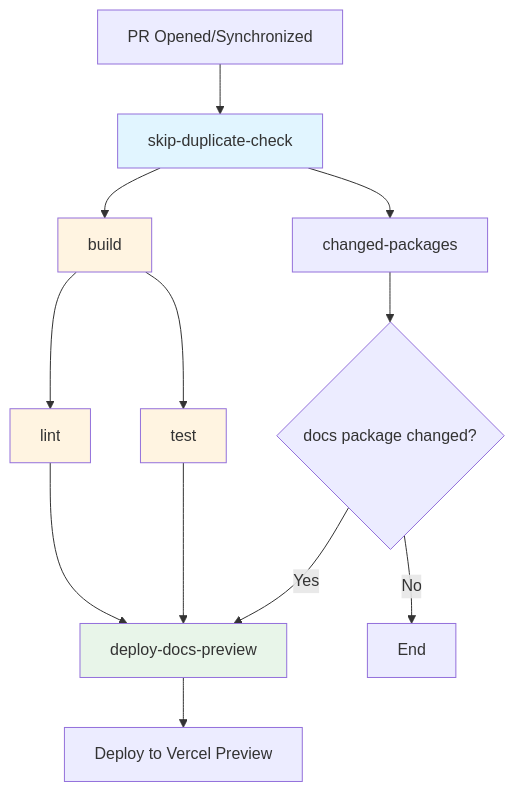
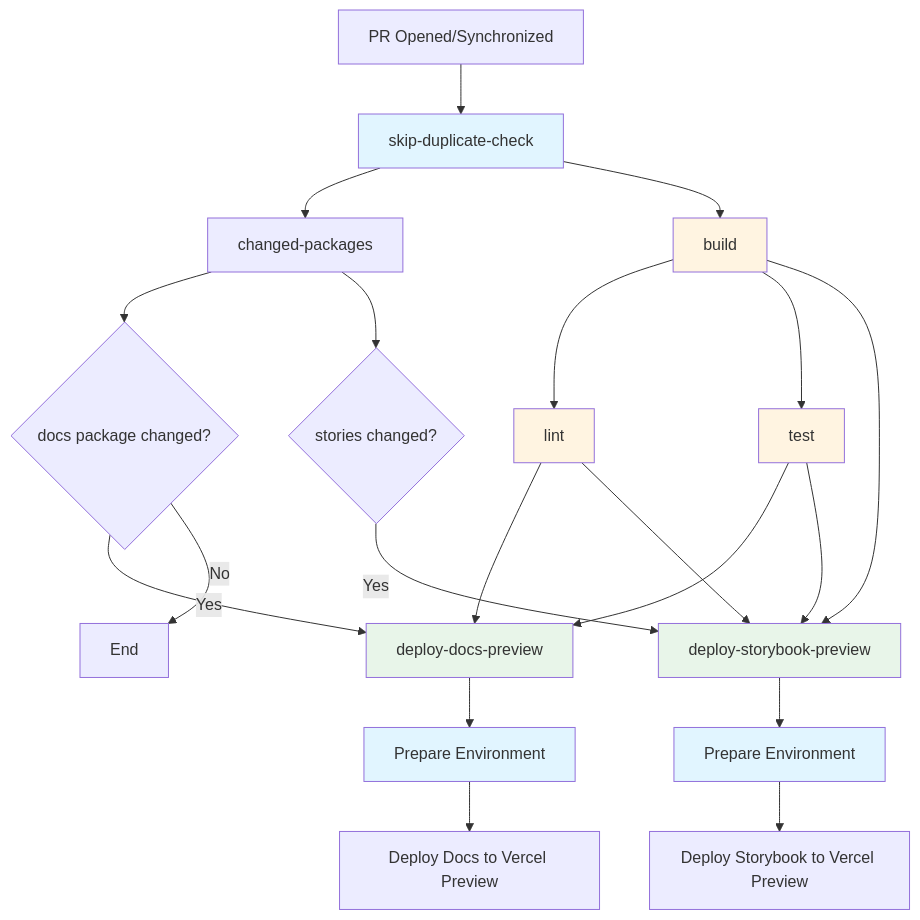
The first of 4 diagrams in .github/CI_CD_README.md (o2sdev/openselfservice), drawn with Mermaid before and after one commit. The commit also changed other lines of this file and 322 other files, not shown here.

````diff
--- a/.github/CI_CD_README.md
+++ b/.github/CI_CD_README.md
@@ -9,20 +9,32 @@
 ```mermaid
 graph TD
     A[PR Opened/Synchronized] --> B[skip-duplicate-check]
     B --> C[changed-packages]
     B --> D[build]
     C --> E{docs package changed?}
+    C --> L{stories changed?}
     D --> F[lint]
     D --> G[test]
     F --> H[deploy-docs-preview]
     G --> H
     E -->|Yes| H
     E -->|No| I[End]
-    H --> J[Deploy to Vercel Preview]
+    H --> J[Prepare Environment]
+    J --> K[Deploy Docs to Vercel Preview]
+    
+    L -->|Yes| M[deploy-storybook-preview]
+    D --> M
+    F --> M
+    G --> M
+    M --> N[Prepare Environment]
+    N --> O[Deploy Storybook to Vercel Preview]
 
     style B fill:#e1f5ff
     style D fill:#fff4e1
     style F fill:#fff4e1
     style G fill:#fff4e1
     style H fill:#e8f5e9
+    style M fill:#e8f5e9
+    style J fill:#e1f5ff
+    style N fill:#e1f5ff
 ```
````
